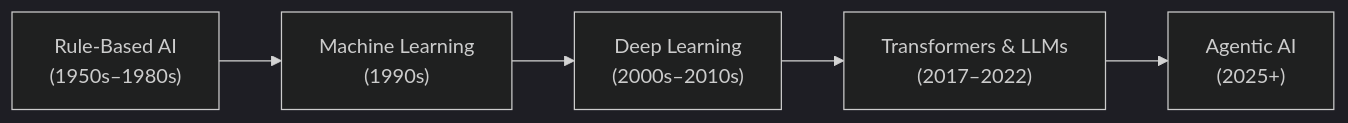
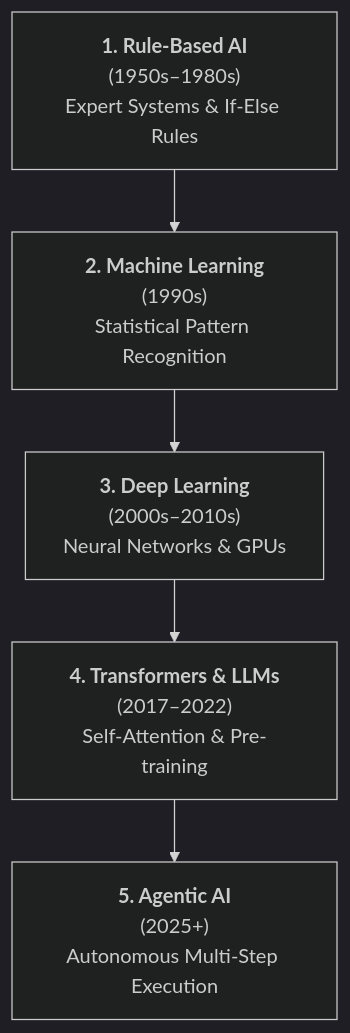
The first of 2 diagrams in Nameste-AI/Season_01/01_The_Evolution_of_AI.md (Nishant8826/theory-leaning), drawn with Mermaid (dark theme) before and after one commit. The commit also changed other lines of this file and 7 other files, not shown here.

````diff
--- a/Nameste-AI/Season_01/01_The_Evolution_of_AI.md
+++ b/Nameste-AI/Season_01/01_The_Evolution_of_AI.md
@@ -29,7 +29,7 @@
 ```mermaid
-flowchart LR
-    A["Rule-Based AI\n(1950s–1980s)"] --> B["Machine Learning\n(1990s)"]
-    B --> C["Deep Learning\n(2000s–2010s)"]
-    C --> D["Transformers & LLMs\n(2017–2022)"]
-    D --> E["Agentic AI\n(2025+)"]
+flowchart TD
+    A["<b>1. Rule-Based AI</b><br/>(1950s–1980s)<br/>Expert Systems & If-Else Rules"] --> B["<b>2. Machine Learning</b><br/>(1990s)<br/>Statistical Pattern Recognition"]
+    B --> C["<b>3. Deep Learning</b><br/>(2000s–2010s)<br/>Neural Networks & GPUs"]
+    C --> D["<b>4. Transformers & LLMs</b><br/>(2017–2022)<br/>Self-Attention & Pre-training"]
+    D --> E["<b>5. Agentic AI</b><br/>(2025+)<br/>Autonomous Multi-Step Execution"]
 ```
````
